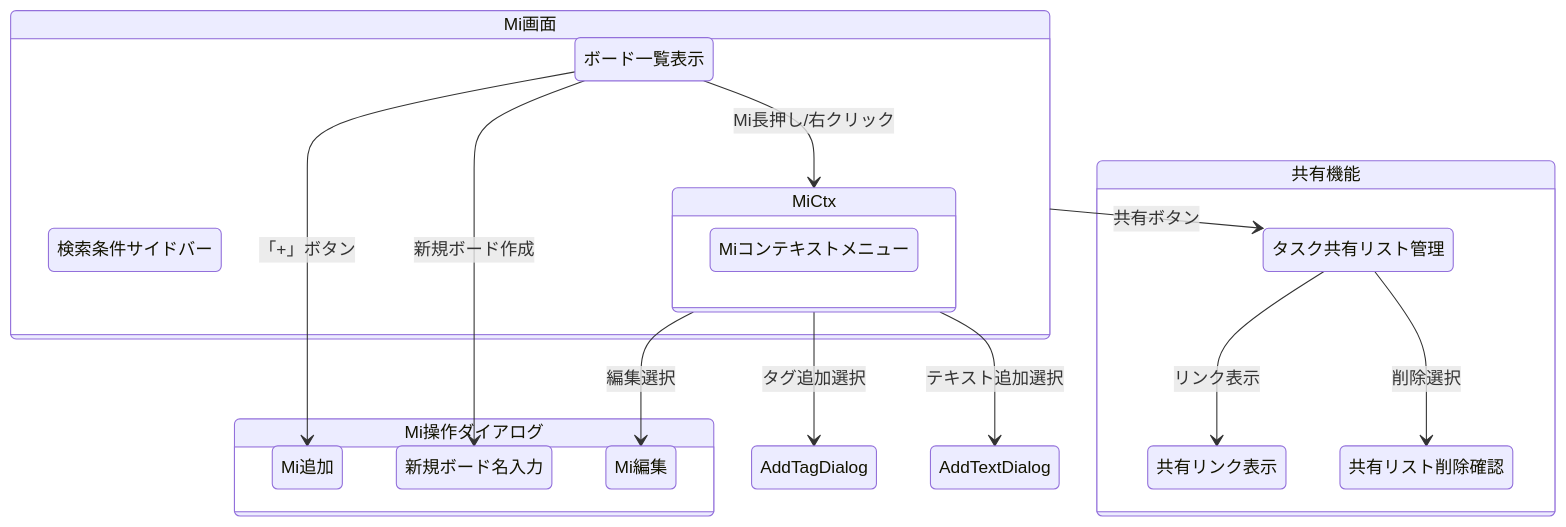
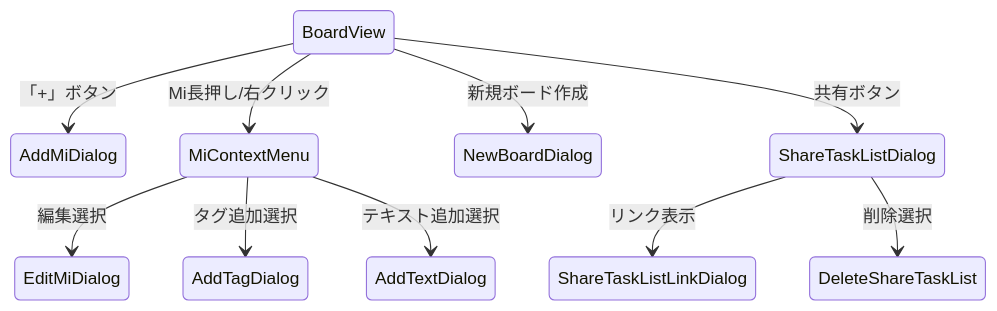
The third of 6 diagrams in documents/reverse/screen-transition.md (mt3hr/gkill), drawn with Mermaid before and after one commit. The commit also changed other lines of this file, not shown here.

````diff
--- a/documents/reverse/screen-transition.md
+++ b/documents/reverse/screen-transition.md
@@ -139,35 +108,14 @@
 ```mermaid
 stateDiagram-v2
-    state "Mi画面" as Mi {
-        BoardView: ボード一覧表示
-        QueryEditor: 検索条件サイドバー
+    BoardView --> AddMiDialog: 「+」ボタン
+    BoardView --> MiContextMenu: Mi長押し/右クリック
+    BoardView --> NewBoardDialog: 新規ボード作成
 
-        BoardView --> AddMiDialog: 「+」ボタン
-        BoardView --> MiCtx: Mi長押し/右クリック
-        BoardView --> NewBoardDialog: 新規ボード作成
-    }
+    MiContextMenu --> EditMiDialog: 編集選択
+    MiContextMenu --> AddTagDialog: タグ追加選択
+    MiContextMenu --> AddTextDialog: テキスト追加選択
 
-    state MiCtx {
-        MiContextMenu: Miコンテキストメニュー
-    }
-
-    MiCtx --> EditMiDialog: 編集選択
-    MiCtx --> AddTagDialog: タグ追加選択
-    MiCtx --> AddTextDialog: テキスト追加選択
-
-    state "Mi操作ダイアログ" as miDialogs {
-        AddMiDialog: Mi追加
-        EditMiDialog: Mi編集
-        NewBoardDialog: 新規ボード名入力
-    }
-
-    state "共有機能" as share {
-        ShareTaskListDialog: タスク共有リスト管理
-        ShareTaskListLinkDialog: 共有リンク表示
-        DeleteShareTaskList: 共有リスト削除確認
-    }
-
-    Mi --> ShareTaskListDialog: 共有ボタン
+    BoardView --> ShareTaskListDialog: 共有ボタン
     ShareTaskListDialog --> ShareTaskListLinkDialog: リンク表示
     ShareTaskListDialog --> DeleteShareTaskList: 削除選択
 ```
````
